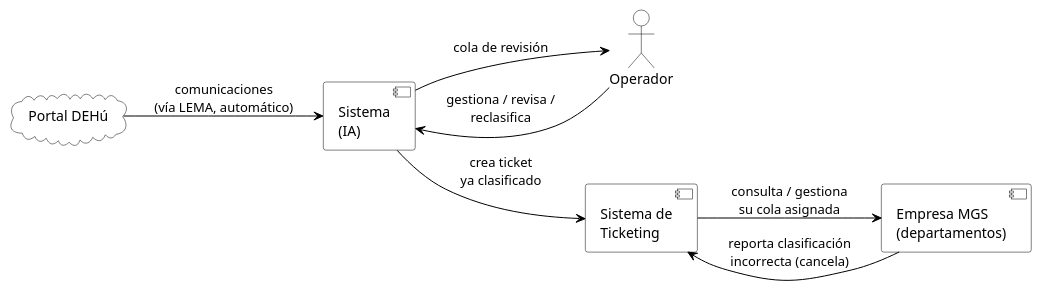
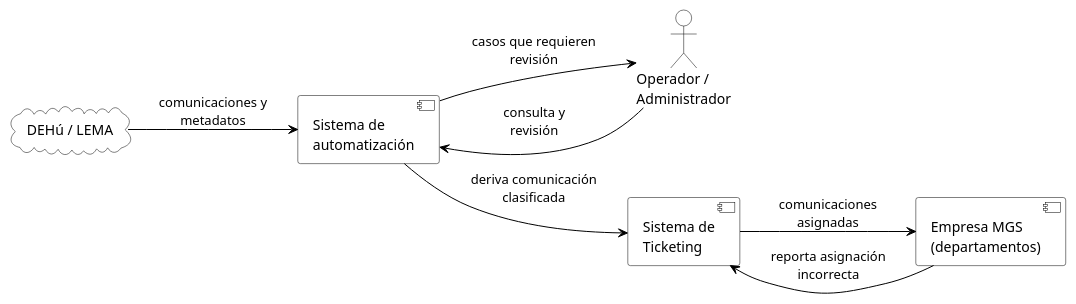
One commit to XIN917/TFM changed the second of 2 diagrams in Diagramas/Diagrama_Contexto.md. Above: the diagram before and after it, drawn with PlantUML. The commit also changed other lines of this file and 3 other files, not shown here.

````diff
--- a/Diagramas/Diagrama_Contexto.md
+++ b/Diagramas/Diagrama_Contexto.md
@@ -77,40 +77,47 @@
 ```plantuml
-@startuml diagrama_contexto
+@startuml diagrama_contexto_objetivo
 
 skinparam backgroundColor White
 skinparam defaultFontName Helvetica
+skinparam shadowing false
+
 skinparam actor {
     BackgroundColor White
     BorderColor Black
 }
+
 skinparam component {
     BackgroundColor White
     BorderColor Black
     ArrowColor Black
     FontSize 14
 }
+
 skinparam cloud {
     BackgroundColor White
     BorderColor Black
 }
+
 skinparam nodesep 60
 skinparam ranksep 60
 
 left to right direction
 
-cloud "Portal DEHú" as Carpeta
-actor "Operador" as Operador
+cloud "DEHú / LEMA" as DEHu
+actor "Operador /\nAdministrador" as Operador
+component "Sistema de\nautomatización" as Sistema
+component "Sistema de\nTicketing" as Ticketing
 component "Empresa MGS\n(departamentos)" as MGS
-component "Sistema de\nTicketing" as Ticketing
 
-component "Sistema\n(IA)" as Sistema
+DEHu --> Sistema : comunicaciones y\nmetadatos
 
-Carpeta --> Sistema : comunicaciones\n(vía LEMA, automático)
-Sistema --> Ticketing : crea ticket\nya clasificado
-Ticketing --> MGS : consulta / gestiona\nsu cola asignada
-MGS --> Ticketing : reporta clasificación\nincorrecta (cancela)
-Operador --> Sistema : gestiona / revisa /\nreclasifica
-Sistema --> Operador : cola de revisión
+Operador --> Sistema : consulta y\nrevisión
+Sistema --> Operador : casos que requieren\nrevisión
+
+Sistema --> Ticketing : deriva comunicación\nclasificada
+
+Ticketing --> MGS : comunicaciones\nasignadas
+MGS --> Ticketing : reporta asignación\nincorrecta
 
 @enduml
 ```
````
